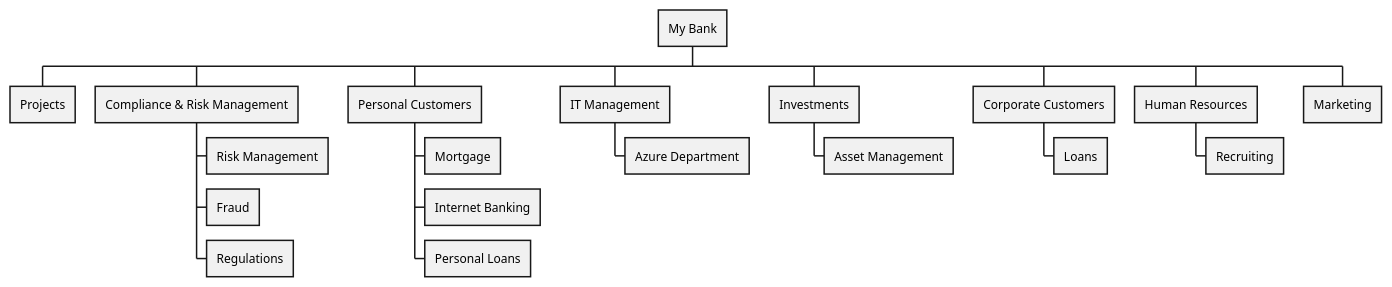
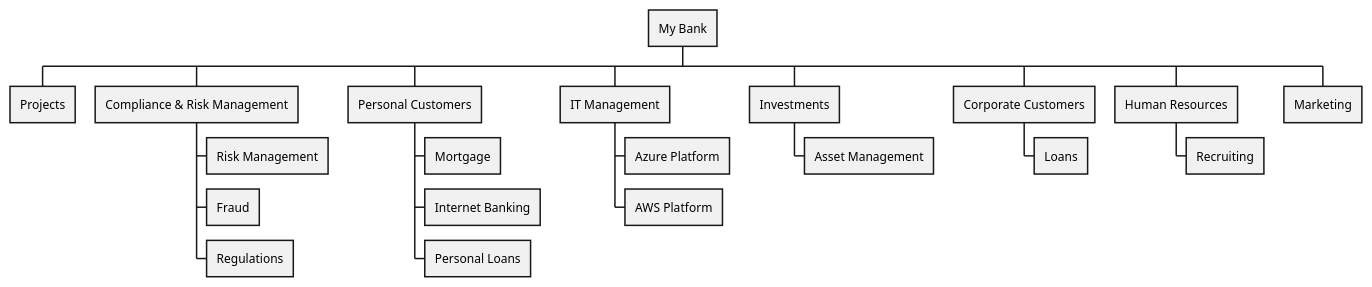
Before and after one commit to soulspace-org/my-bank-model: the diagram in docs/mybank/organization/organization-structure-view.puml, drawn with PlantUML. The commit also changed 23 other files, not shown here.

```diff
--- a/docs/mybank/organization/organization-structure-view.puml
+++ b/docs/mybank/organization/organization-structure-view.puml
@@ -2,22 +2,23 @@
 @startwbs
 * My Bank
 ** Projects
 ** Compliance & Risk Management
 *** Risk Management
 *** Fraud
 *** Regulations
 ** Personal Customers
 *** Mortgage
 *** Internet Banking
 *** Personal Loans
 ** IT Management
-*** Azure Department
+*** Azure Platform
+*** AWS Platform
 ** Investments
 *** Asset Management
 ** Corporate Customers
 *** Loans
 ** Human Resources
 *** Recruiting
 ** Marketing
 
 @endwbs
```
